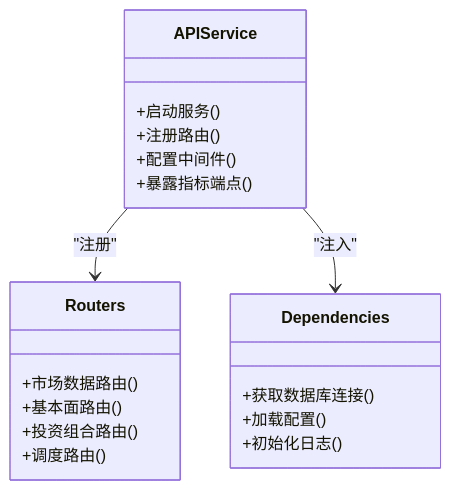
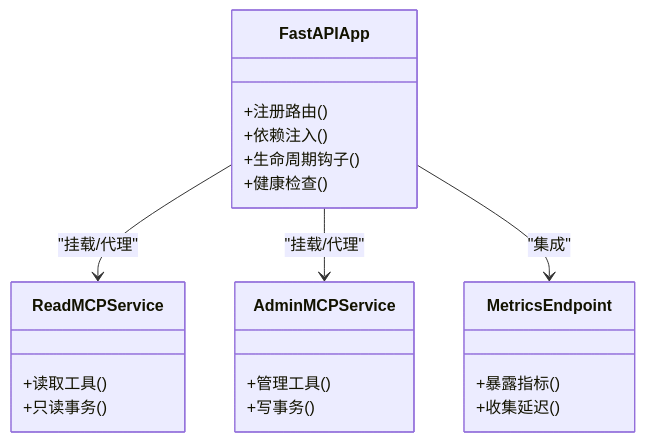
The third of 7 diagrams in .qoder/repowiki/zh/content/项目概述/技术栈概览.md (DeathLimbo/quan_mcp), drawn with Mermaid before and after one commit. The commit also changed other lines of this file and 238 other files, not shown here.

````diff
--- a/.qoder/repowiki/zh/content/项目概述/技术栈概览.md
+++ b/.qoder/repowiki/zh/content/项目概述/技术栈概览.md
@@ -166,22 +182,24 @@
 ```mermaid
 classDiagram
-class APIService {
-+启动服务()
+class FastAPIApp {
 +注册路由()
-+配置中间件()
-+暴露指标端点()
++依赖注入()
++生命周期钩子()
++健康检查()
 }
-class Routers {
-+市场数据路由()
-+基本面路由()
-+投资组合路由()
-+调度路由()
+class ReadMCPService {
++读取工具()
++只读事务()
 }
-class Dependencies {
-+获取数据库连接()
-+加载配置()
-+初始化日志()
+class AdminMCPService {
++管理工具()
++写事务()
 }
-APIService --> Routers : "注册"
-APIService --> Dependencies : "注入"
+class MetricsEndpoint {
++暴露指标()
++收集延迟()
+}
+FastAPIApp --> ReadMCPService : "挂载/代理"
+FastAPIApp --> AdminMCPService : "挂载/代理"
+FastAPIApp --> MetricsEndpoint : "集成"
 ```
````
